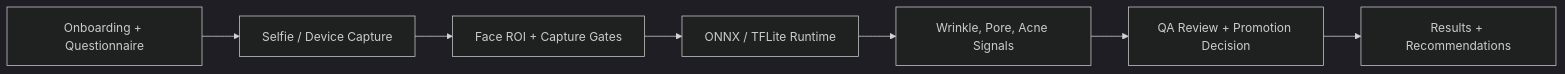
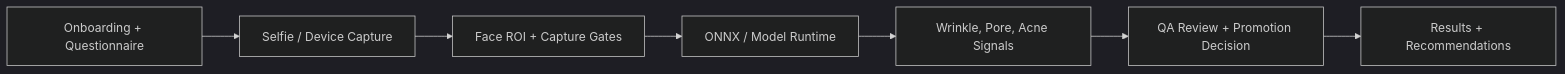
One commit to zack-dev-cm/zack-dev-cm.github.io changed the diagram in projects/dermaself-flutter-skin-analysis-app.md. Above: the diagram before and after it, drawn with Mermaid (dark theme). The commit also changed other lines of this file and 271 other files, not shown here.

````diff
--- a/projects/dermaself-flutter-skin-analysis-app.md
+++ b/projects/dermaself-flutter-skin-analysis-app.md
@@ -37,9 +29,9 @@
 ```mermaid
 flowchart LR
   Onboarding["Onboarding + Questionnaire"] --> Capture["Selfie / Device Capture"]
   Capture --> ROI["Face ROI + Capture Gates"]
-  ROI --> Runtime["ONNX / TFLite Runtime"]
+  ROI --> Runtime["ONNX / Model Runtime"]
   Runtime --> Texture["Wrinkle, Pore, Acne Signals"]
   Texture --> QA["QA Review + Promotion Decision"]
   QA --> Results["Results + Recommendations"]
 ```
````
